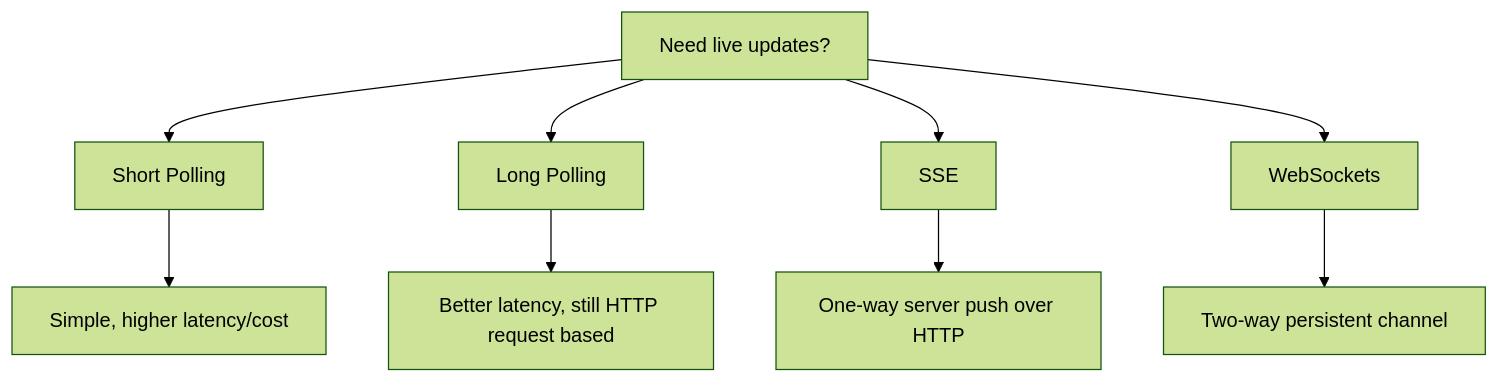
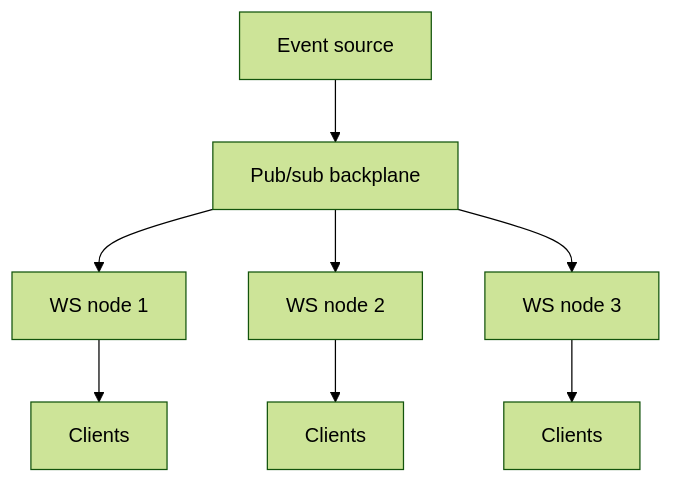
Before and after one commit to mohllal/system-design-interview-prep: the second of 2 diagrams in fundamentals/07-realtime-communication-patterns.md, drawn with Mermaid (forest theme). The commit also changed other lines of this file and 35 other files, not shown here.

````diff
--- a/fundamentals/07-realtime-communication-patterns.md
+++ b/fundamentals/07-realtime-communication-patterns.md
@@ -31,12 +184,10 @@
 ```mermaid
 graph TD
-    A[Need live updates?] --> B[Short Polling]
-    A --> C[Long Polling]
-    A --> D[SSE]
-    A --> E[WebSockets]
-
-    B --> F[Simple, higher latency/cost]
-    C --> G[Better latency, still HTTP request based]
-    D --> H[One-way server push over HTTP]
-    E --> I[Two-way persistent channel]
+    E[Event source] --> B[Pub/sub backplane]
+    B --> N1[WS node 1]
+    B --> N2[WS node 2]
+    B --> N3[WS node 3]
+    N1 --> C1[Clients]
+    N2 --> C2[Clients]
+    N3 --> C3[Clients]
 ```
````
